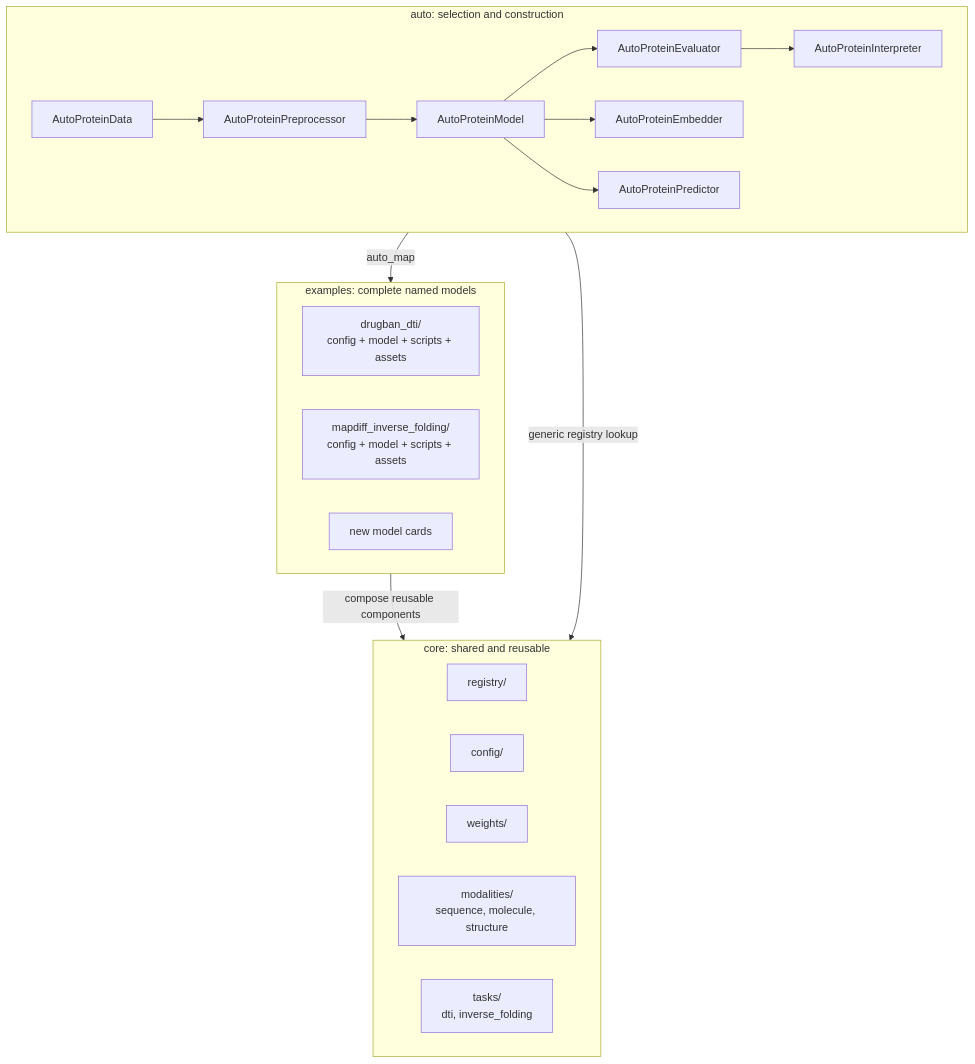
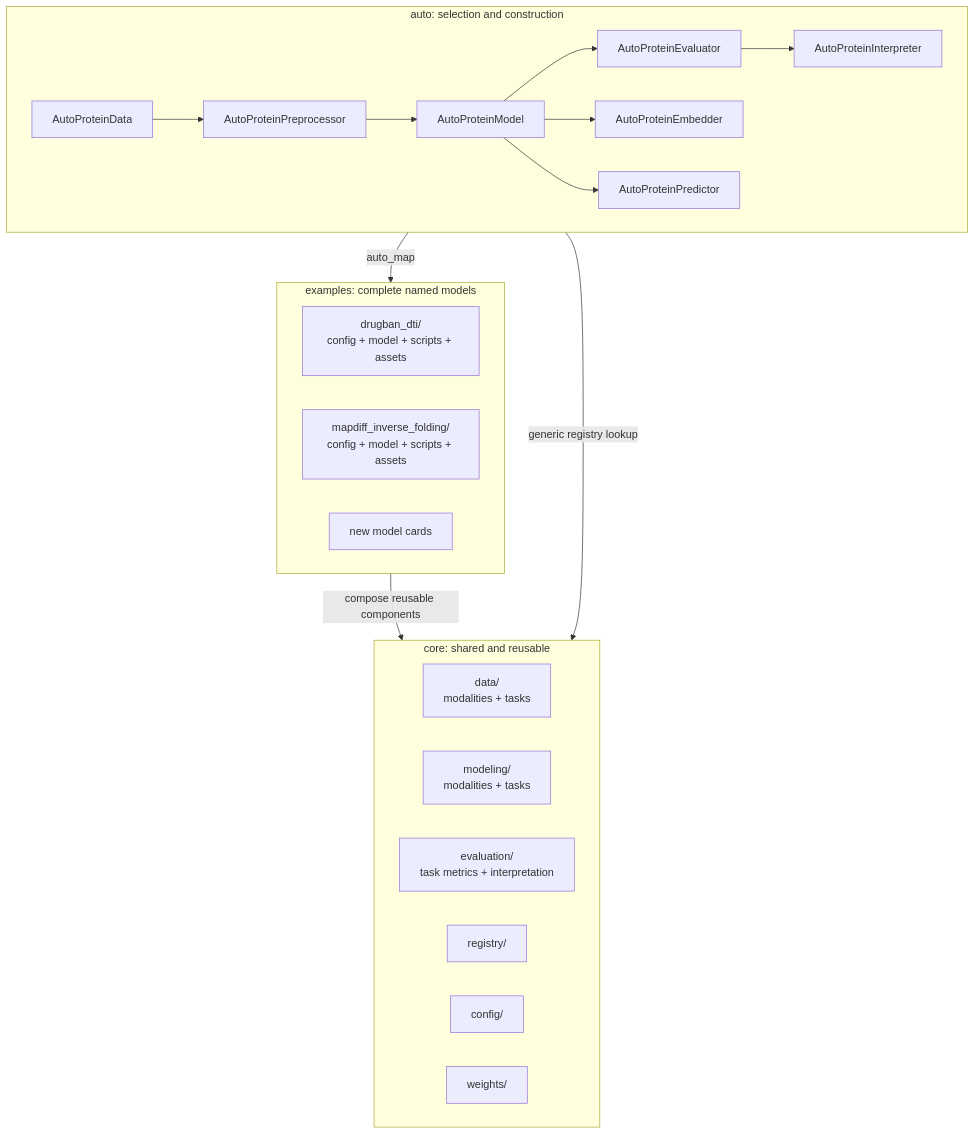
Before and after one commit to pykale/protein: the first of 3 diagrams in docs/architecture.md, drawn with Mermaid. The commit also changed other lines of this file and 51 other files, not shown here.

Commit message:
Separate core data modeling and evaluation

````diff
--- a/docs/architecture.md
+++ b/docs/architecture.md
@@ -6,36 +6,37 @@
 ```mermaid
 flowchart TB
     subgraph CORE["core: shared and reusable"]
         direction LR
+        CORE_DATA["data/<br/>modalities + tasks"]
+        CORE_MODELING["modeling/<br/>modalities + tasks"]
+        CORE_EVAL["evaluation/<br/>task metrics + interpretation"]
         REGISTRY["registry/"]
         CONFIG["config/"]
         WEIGHTS["weights/"]
-        MODALITIES["modalities/<br/>sequence, molecule, structure"]
-        TASKS["tasks/<br/>dti, inverse_folding"]
     end
 
     subgraph AUTO["auto: selection and construction"]
         direction LR
         DATA["AutoProteinData"]
         PREP["AutoProteinPreprocessor"]
         MODEL["AutoProteinModel"]
         EMBED["AutoProteinEmbedder"]
         PREDICT["AutoProteinPredictor"]
         EVAL["AutoProteinEvaluator"]
         INTERP["AutoProteinInterpreter"]
         DATA --> PREP --> MODEL --> EVAL --> INTERP
         MODEL --> EMBED
         MODEL --> PREDICT
     end
 
     subgraph EXAMPLES["examples: complete named models"]
         direction LR
         DRUGBAN["drugban_dti/<br/>config + model + scripts + assets"]
         MAPDIFF["mapdiff_inverse_folding/<br/>config + model + scripts + assets"]
         MORE["new model cards"]
     end
 
     AUTO -->|"generic registry lookup"| CORE
     MODEL -->|"auto_map"| EXAMPLES
     EXAMPLES -->|"compose reusable components"| CORE
 ```
````
